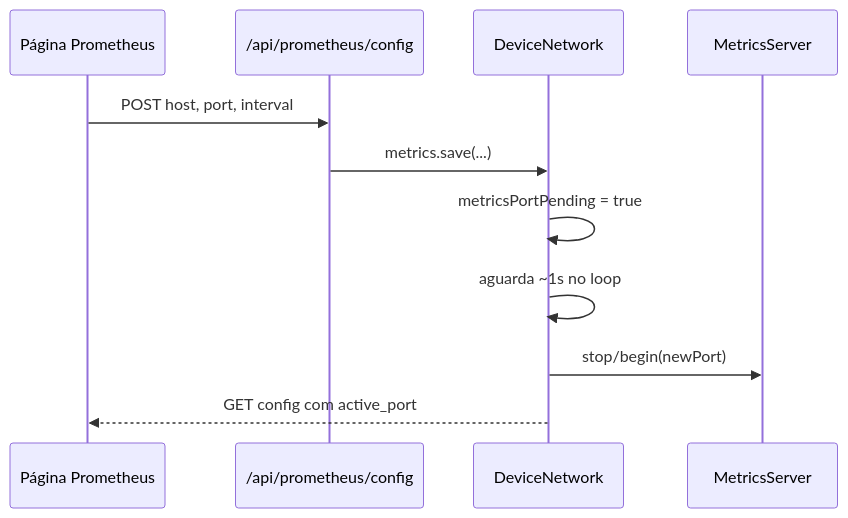
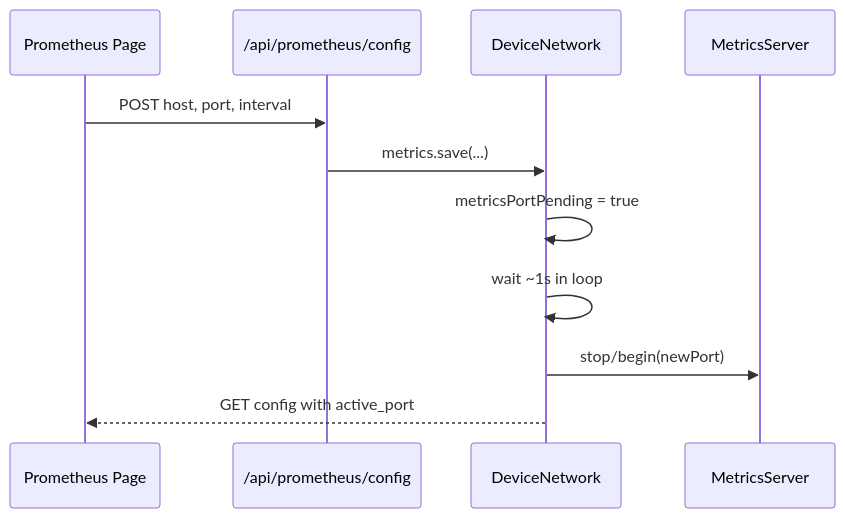
Diagram 13 of 14 in README.md (paulocfmarques-collab/M5NanoC6_wifi), drawn with Mermaid before and after one commit. The commit also changed other lines of this file, not shown here.

````diff
--- a/README.md
+++ b/README.md
@@ -473,14 +473,14 @@
 ```mermaid
 sequenceDiagram
-    participant UI as Página Prometheus
+    participant UI as Prometheus Page
     participant API as /api/prometheus/config
     participant NET as DeviceNetwork
     participant MS as MetricsServer
 
     UI->>API: POST host, port, interval
     API->>NET: metrics.save(...)
     NET->>NET: metricsPortPending = true
-    NET->>NET: aguarda ~1s no loop
+    NET->>NET: wait ~1s in loop
     NET->>MS: stop/begin(newPort)
-    NET-->>UI: GET config com active_port
+    NET-->>UI: GET config with active_port
 ```
````
